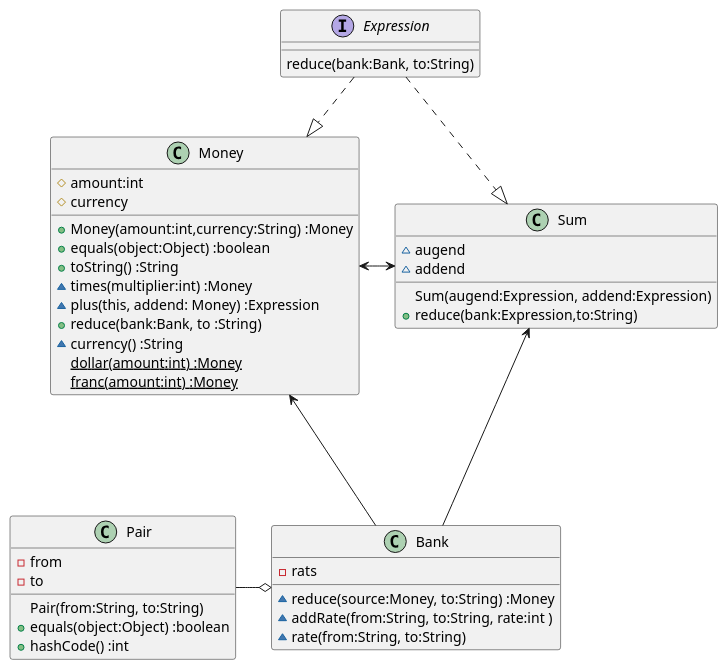
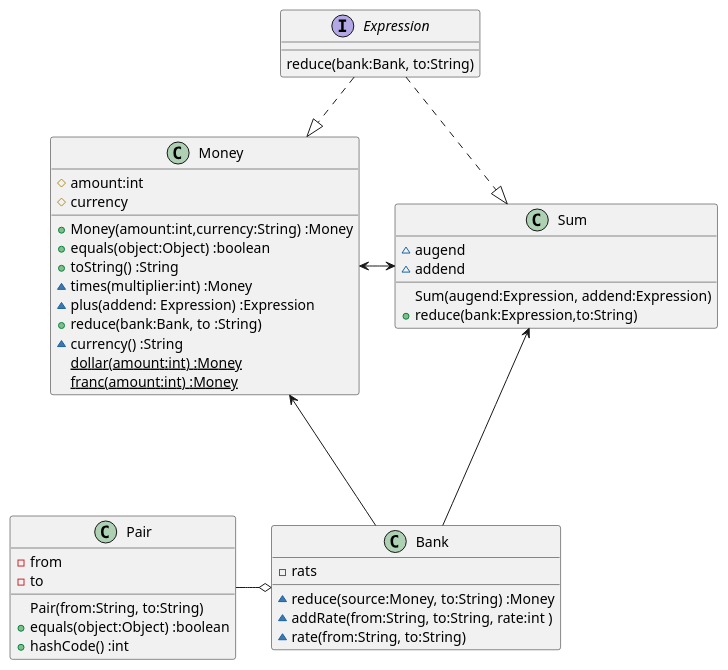
One commit to k2works/etude_for_java changed the first of 2 diagrams in docs/src/TDD.md. Above: the diagram before and after it, drawn with PlantUML. The commit also changed 3 other files, not shown here.

````diff
--- a/docs/src/TDD.md
+++ b/docs/src/TDD.md
@@ -51,43 +51,43 @@
 ```puml
 interface Expression {
   reduce(bank:Bank, to:String)
 }
 class Money {
   #amount:int
   #currency  
   +Money(amount:int,currency:String) :Money
   +equals(object:Object) :boolean  
   +toString() :String
   ~times(multiplier:int) :Money
-  ~plus(this, addend: Money) :Expression
+  ~plus(addend: Expression) :Expression
   +reduce(bank:Bank, to :String)      
   ~currency() :String
   {static} dollar(amount:int) :Money
   {static} franc(amount:int) :Money  
 }
 class Bank {
   -rats
   ~reduce(source:Money, to:String) :Money
   ~addRate(from:String, to:String, rate:int )
   ~rate(from:String, to:String)
 }
 class Sum {
   ~augend
   ~addend
   Sum(augend:Expression, addend:Expression)
   +reduce(bank:Expression,to:String)
 }
 class Pair {
   -from
   -to
   Pair(from:String, to:String)
   +equals(object:Object) :boolean
   +hashCode() :int
 }
 Expression ..|> Money
 Expression ..|> Sum
 Money <-> Sum
 Sum <--- Bank
 Money <--- Bank
 Bank o-l Pair
 ```
````
